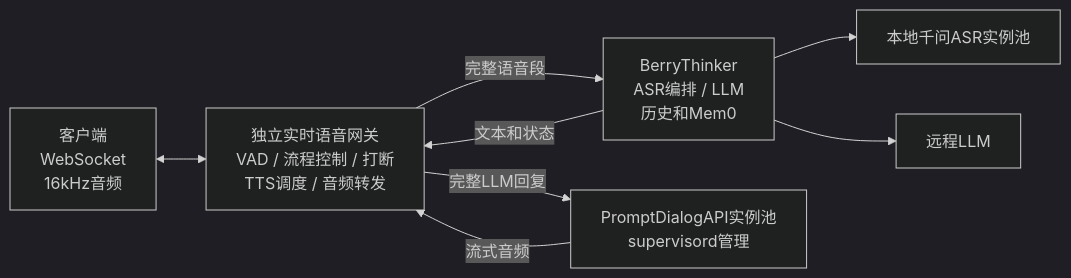
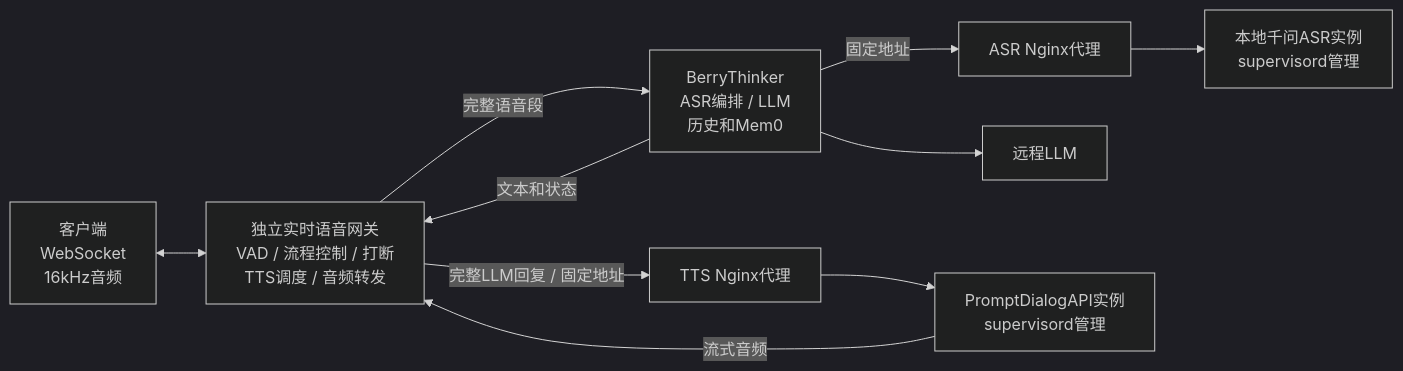
One commit to JetChennn/RealTimeVoiceApi changed the first of 2 diagrams in README.md. Above: the diagram before and after it, drawn with Mermaid (dark theme). The commit also changed other lines of this file, not shown here.

````diff
--- a/README.md
+++ b/README.md
@@ -20,10 +20,12 @@
 ```mermaid
 flowchart LR
     C["客户端\nWebSocket\n16kHz音频"] <--> G["独立实时语音网关\nVAD / 流程控制 / 打断\nTTS调度 / 音频转发"]
     G -->|"完整语音段"| B["BerryThinker\nASR编排 / LLM\n历史和Mem0"]
-    B --> A["本地千问ASR实例池"]
+    B -->|"固定地址"| AN["ASR Nginx代理"]
+    AN --> A["本地千问ASR实例\nsupervisord管理"]
     B --> L["远程LLM"]
     B -->|"文本和状态"| G
-    G -->|"完整LLM回复"| T["PromptDialogAPI实例池\nsupervisord管理"]
+    G -->|"完整LLM回复 / 固定地址"| TN["TTS Nginx代理"]
+    TN --> T["PromptDialogAPI实例\nsupervisord管理"]
     T -->|"流式音频"| G
 ```
````
